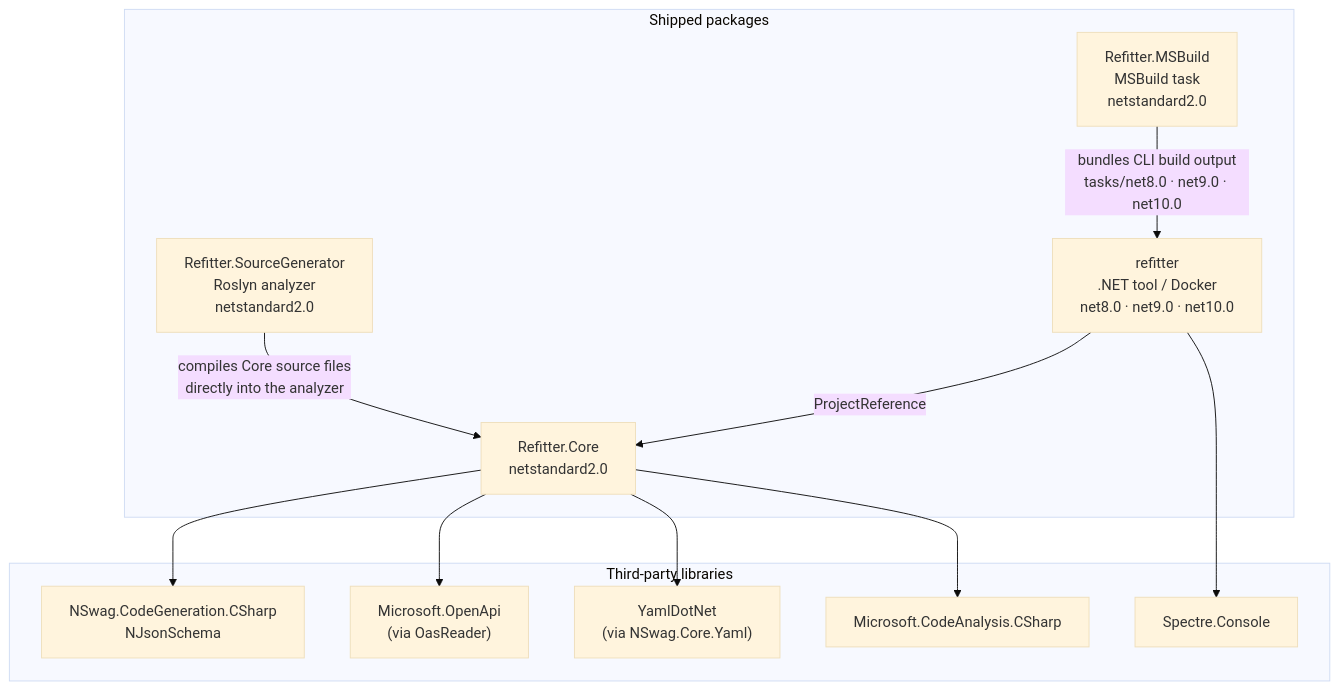
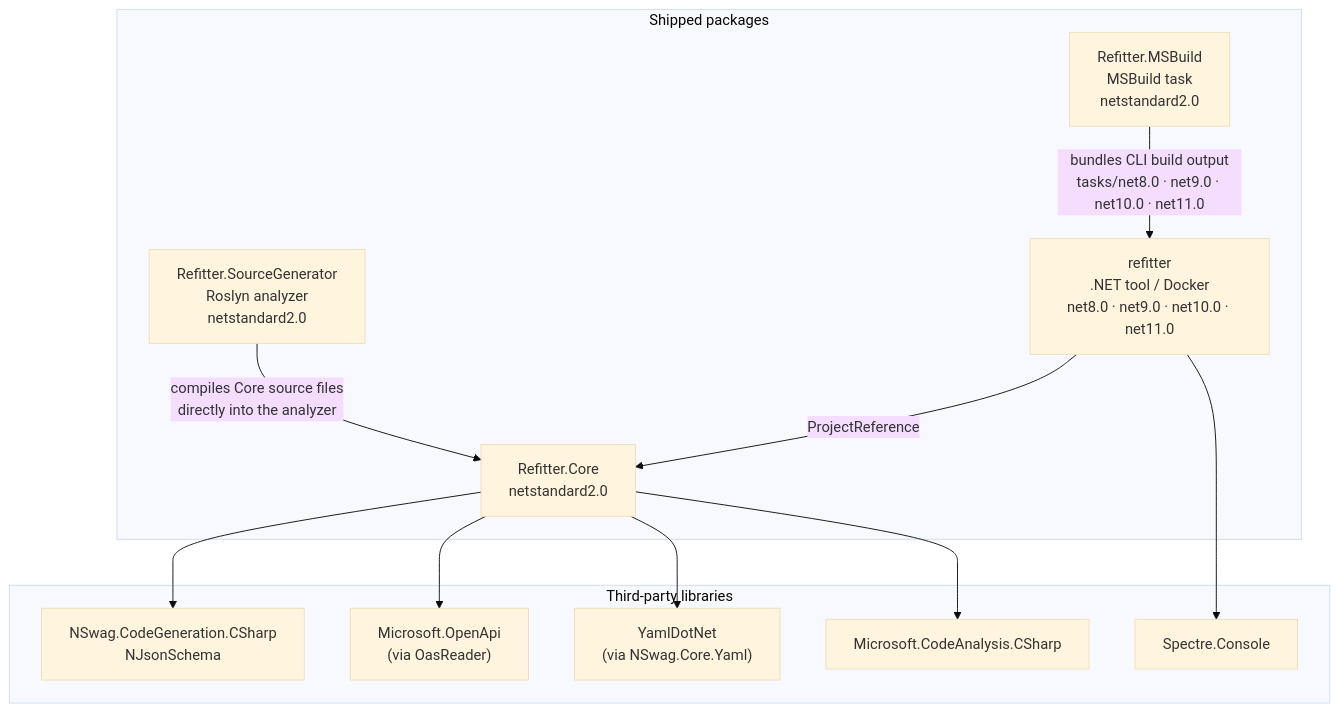
Before and after one commit to christianhelle/refitter: the first of 2 diagrams in docs/docfx_project/articles/technical/architecture.md, drawn with Mermaid (base theme). The commit also changed other lines of this file and 4 other files, not shown here.

````diff
--- a/docs/docfx_project/articles/technical/architecture.md
+++ b/docs/docfx_project/articles/technical/architecture.md
@@ -27,27 +27,27 @@
 ```mermaid
 flowchart TB
     subgraph Packages["Shipped packages"]
-        CLI["refitter<br/>.NET tool / Docker<br/>net8.0 · net9.0 · net10.0"]
+        CLI["refitter<br/>.NET tool / Docker<br/>net8.0 · net9.0 · net10.0 · net11.0"]
         MSB["Refitter.MSBuild<br/>MSBuild task<br/>netstandard2.0"]
         SG["Refitter.SourceGenerator<br/>Roslyn analyzer<br/>netstandard2.0"]
         CORE["Refitter.Core<br/>netstandard2.0"]
     end
 
     CLI -- "ProjectReference" --> CORE
-    MSB -- "bundles CLI build output<br/>tasks/net8.0 · net9.0 · net10.0" --> CLI
+    MSB -- "bundles CLI build output<br/>tasks/net8.0 · net9.0 · net10.0 · net11.0" --> CLI
     SG -- "compiles Core source files<br/>directly into the analyzer" --> CORE
 
     subgraph Libraries["Third-party libraries"]
         NSWAG["NSwag.CodeGeneration.CSharp<br/>NJsonSchema"]
         MSOAI["Microsoft.OpenApi<br/>(via OasReader)"]
         YAML["YamlDotNet<br/>(via NSwag.Core.Yaml)"]
         ROSLYN["Microsoft.CodeAnalysis.CSharp"]
         SPECTRE["Spectre.Console"]
     end
 
     CORE --> NSWAG
     CORE --> MSOAI
     CORE --> YAML
     CORE --> ROSLYN
     CLI --> SPECTRE
 ```
````
